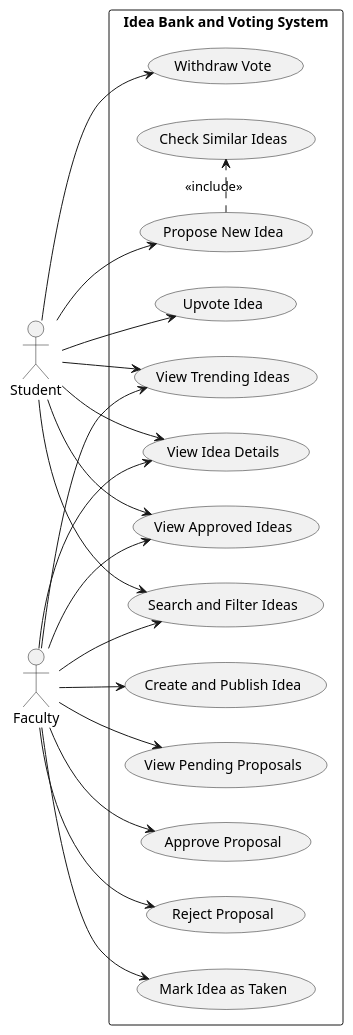
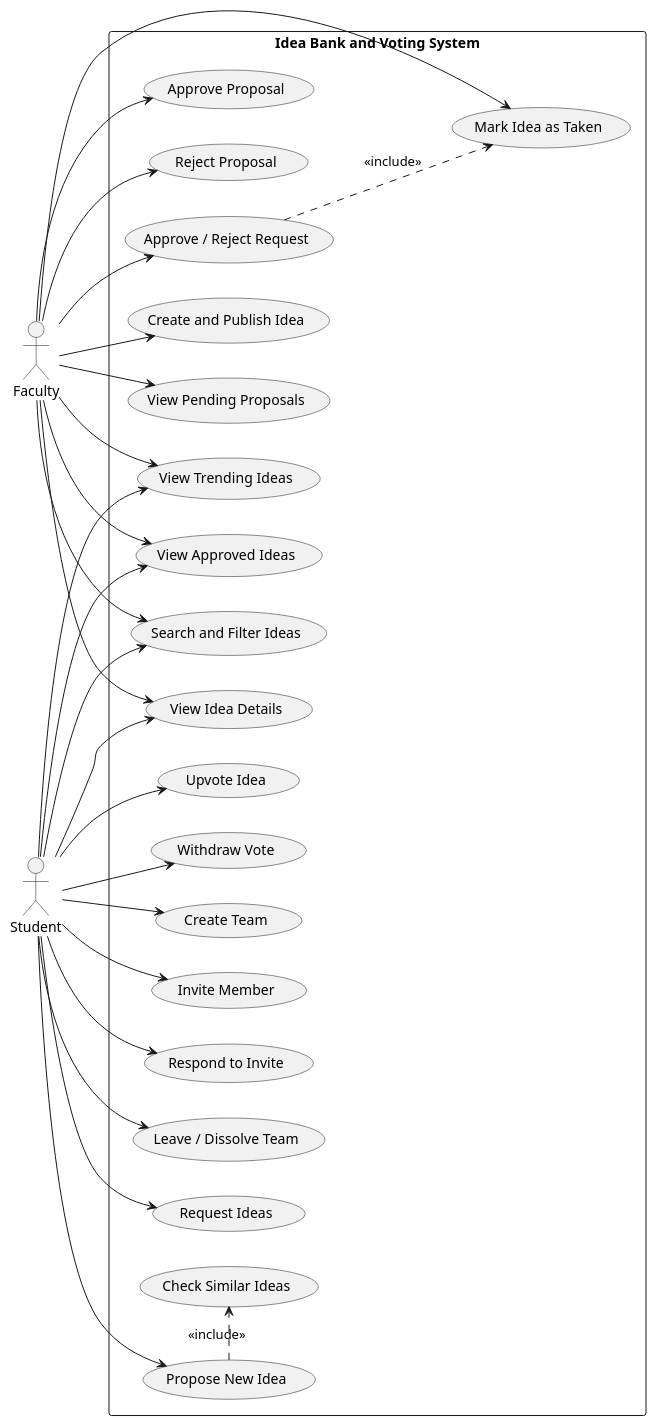
One commit to Tanu-coder-hash/capstone-hub changed the diagram in docs/diagrams/usecase.puml. Above: the diagram before and after it, drawn with PlantUML. The commit also changed 6 other files, not shown here.

Commit message:
docs(diagrams): add ER, class, sequence, state, deployment, and use case diagrams

```diff
--- a/docs/diagrams/usecase.puml
+++ b/docs/diagrams/usecase.puml
@@ -1,43 +1,54 @@
 @startuml
 left to right direction
 
 actor Student
 actor Faculty
 
 rectangle "Idea Bank and Voting System" {
     usecase "View Approved Ideas" as UC1
     usecase "Search and Filter Ideas" as UC2
     usecase "View Idea Details" as UC3
     usecase "Propose New Idea" as UC4
     usecase "Check Similar Ideas" as UC5
     usecase "Upvote Idea" as UC6
     usecase "Withdraw Vote" as UC7
     usecase "View Trending Ideas" as UC8
     usecase "Create and Publish Idea" as UC9
     usecase "View Pending Proposals" as UC10
     usecase "Approve Proposal" as UC11
     usecase "Reject Proposal" as UC12
     usecase "Mark Idea as Taken" as UC13
+    usecase "Create Team" as UT1
+    usecase "Invite Member" as UT2
+    usecase "Respond to Invite" as UT3
+    usecase "Leave / Dissolve Team" as UT4
+    usecase "Request Ideas" as UT5
+    usecase "Approve / Reject Request" as UT6
 }
 
 Student --> UC1
 Student --> UC2
 Student --> UC3
 Student --> UC4
 Student --> UC6
 Student --> UC7
 Student --> UC8
-
+Student --> UT1
+Student --> UT2
+Student --> UT3
+Student --> UT4
+Student --> UT5
 UC4 .> UC5 : <<include>>
 
 Faculty --> UC1
 Faculty --> UC2
 Faculty --> UC3
 Faculty --> UC8
 Faculty --> UC9
 Faculty --> UC10
 Faculty --> UC11
 Faculty --> UC12
 Faculty --> UC13
-
+Faculty --> UT6
+UT6 ..> UC13 : <<include>>
 @enduml
```
